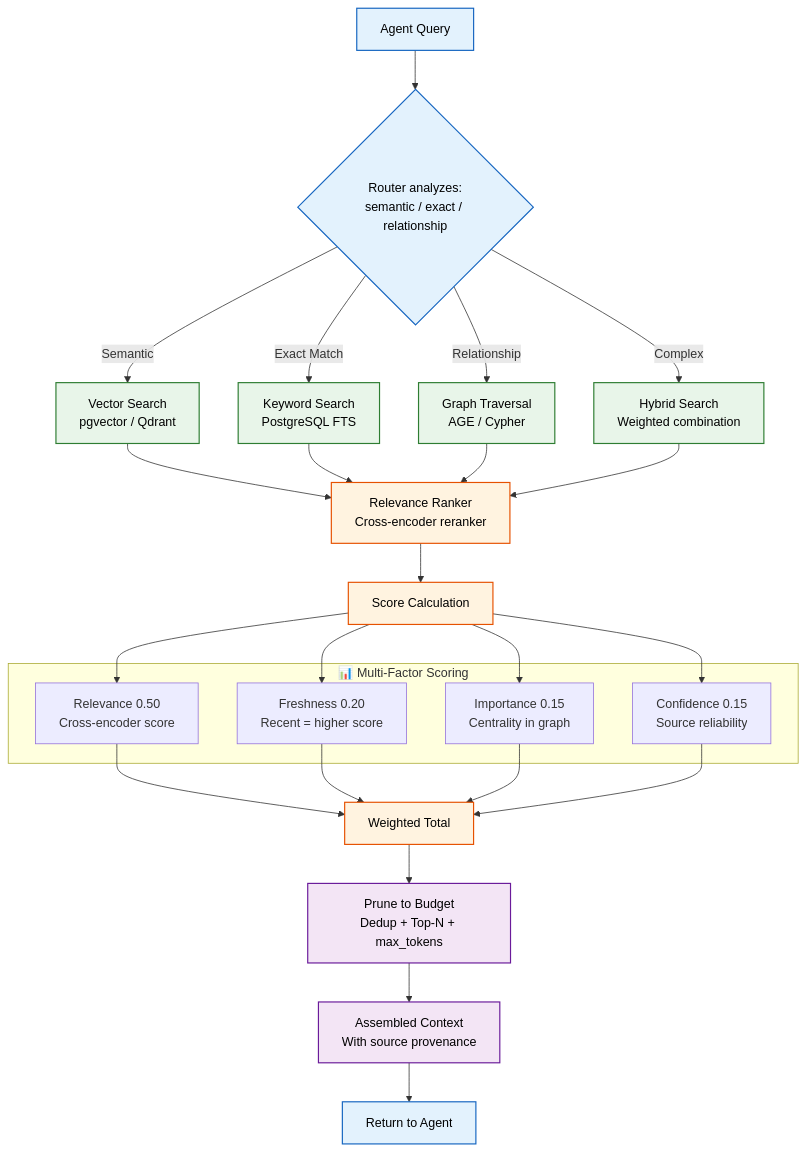
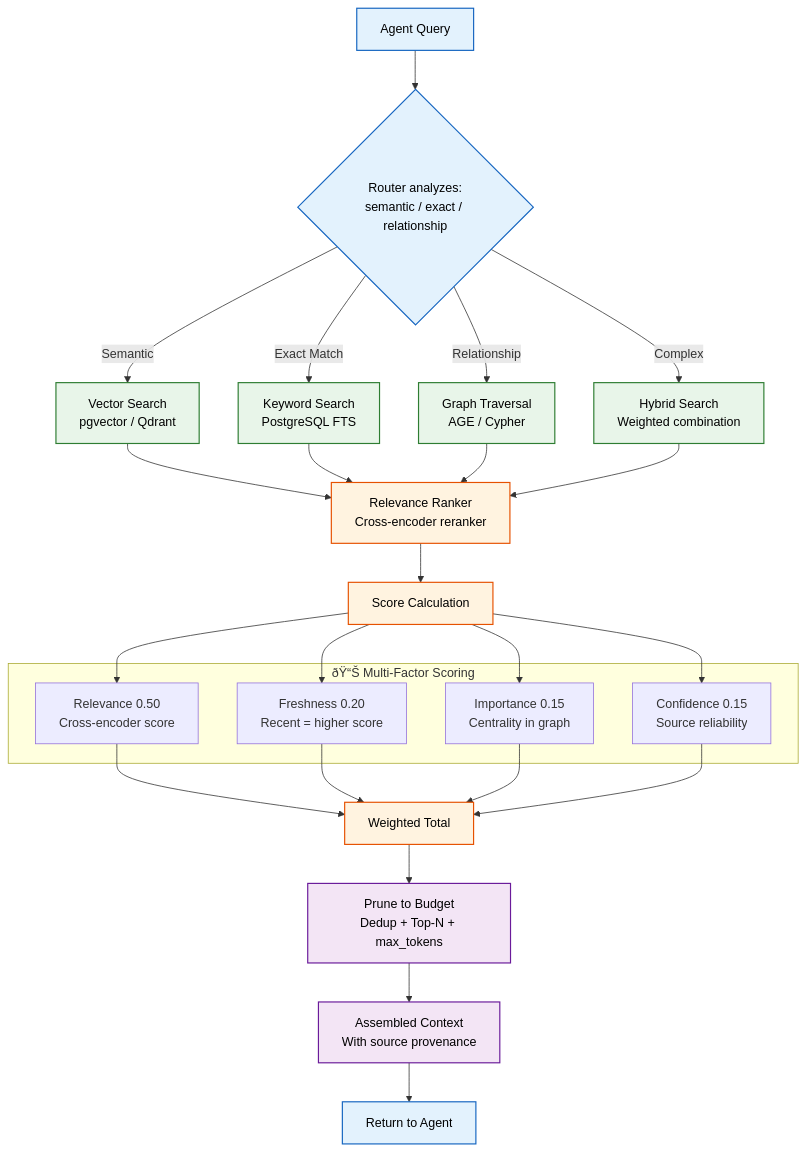
One commit to Driftloom/Vaeloom changed the first of 2 diagrams in Docs/AI/RAG.md. Above: the diagram before and after it, drawn with Mermaid. The commit also changed other lines of this file and 249 other files, not shown here.

````diff
--- a/Docs/AI/RAG.md
+++ b/Docs/AI/RAG.md
@@ -34,38 +34,38 @@
 ```mermaid
 graph TD
     classDef query fill:#e3f2fd,stroke:#1565c0,color:#000,stroke-width:1.5px
     classDef search fill:#e8f5e9,stroke:#2e7d32,color:#000,stroke-width:1.5px
     classDef rank fill:#fff3e0,stroke:#e65100,color:#000,stroke-width:1.5px
     classDef assemble fill:#f3e5f5,stroke:#6a1b9a,color:#000,stroke-width:1.5px
 
     Q["Agent Query"] --> ROUTER{"Router analyzes:<br/>semantic / exact / relationship"}
 
     ROUTER -->|Semantic| VS["Vector Search<br/>pgvector / Qdrant"]
     ROUTER -->|Exact Match| KS["Keyword Search<br/>PostgreSQL FTS"]
     ROUTER -->|Relationship| GT["Graph Traversal<br/>AGE / Cypher"]
     ROUTER -->|Complex| HY["Hybrid Search<br/>Weighted combination"]
 
     VS & KS & GT & HY --> RANK["Relevance Ranker<br/>Cross-encoder reranker"]
     RANK --> SCORE["Score Calculation"]
 
-    subgraph Scores["📊 Multi-Factor Scoring"]
+    subgraph Scores["ðŸ“Š Multi-Factor Scoring"]
         S1["Relevance 0.50<br/>Cross-encoder score"]
         S2["Freshness 0.20<br/>Recent = higher score"]
         S3["Importance 0.15<br/>Centrality in graph"]
         S4["Confidence 0.15<br/>Source reliability"]
     end
 
     SCORE --> S1 & S2 & S3 & S4
     S1 & S2 & S3 & S4 --> TOTAL["Weighted Total"]
     TOTAL --> PRUNE["Prune to Budget<br/>Dedup + Top-N + max_tokens"]
     PRUNE --> ASSEMBLE["Assembled Context<br/>With source provenance"]
     ASSEMBLE --> AGENT["Return to Agent"]
 
     class Q,ROUTER query
     class VS,KS,GT,HY search
     class RANK,SCORE,TOTAL rank
     class PRUNE,ASSEMBLE assemble
     class AGENT query
     class S1,S2,S3,S4 score
 
 ```
````
